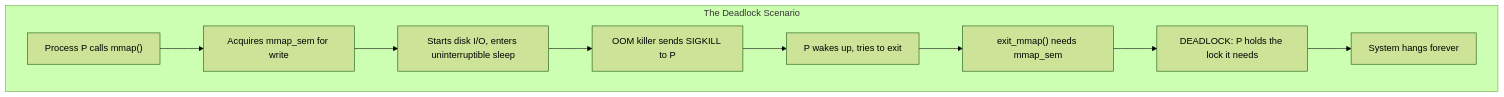
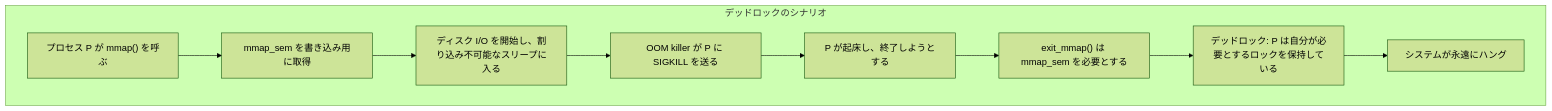
One commit to doguto/linux-kernel-internals-jp changed the eighth of 8 diagrams in docs/mm/oom.md. Above: the diagram before and after it, drawn with Mermaid (forest theme). The commit also changed other lines of this file and 1 other file, not shown here.

````diff
--- a/docs/mm/oom.md
+++ b/docs/mm/oom.md
@@ -758,12 +764,12 @@
 ```mermaid
 flowchart TD
-    subgraph Deadlock["The Deadlock Scenario"]
-        A["Process P calls mmap()"] --> B["Acquires mmap_sem for write"]
-        B --> C["Starts disk I/O, enters uninterruptible sleep"]
-        C --> D["OOM killer sends SIGKILL to P"]
-        D --> E["P wakes up, tries to exit"]
-        E --> F["exit_mmap() needs mmap_sem"]
-        F --> G["DEADLOCK: P holds the lock it needs"]
-        G --> H["System hangs forever"]
+    subgraph Deadlock["デッドロックのシナリオ"]
+        A["プロセス P が mmap() を呼ぶ"] --> B["mmap_sem を書き込み用に取得"]
+        B --> C["ディスク I/O を開始し、割り込み不可能なスリープに入る"]
+        C --> D["OOM killer が P に SIGKILL を送る"]
+        D --> E["P が起床し、終了しようとする"]
+        E --> F["exit_mmap() は mmap_sem を必要とする"]
+        F --> G["デッドロック: P は自分が必要とするロックを保持している"]
+        G --> H["システムが永遠にハング"]
     end
 ```
````
